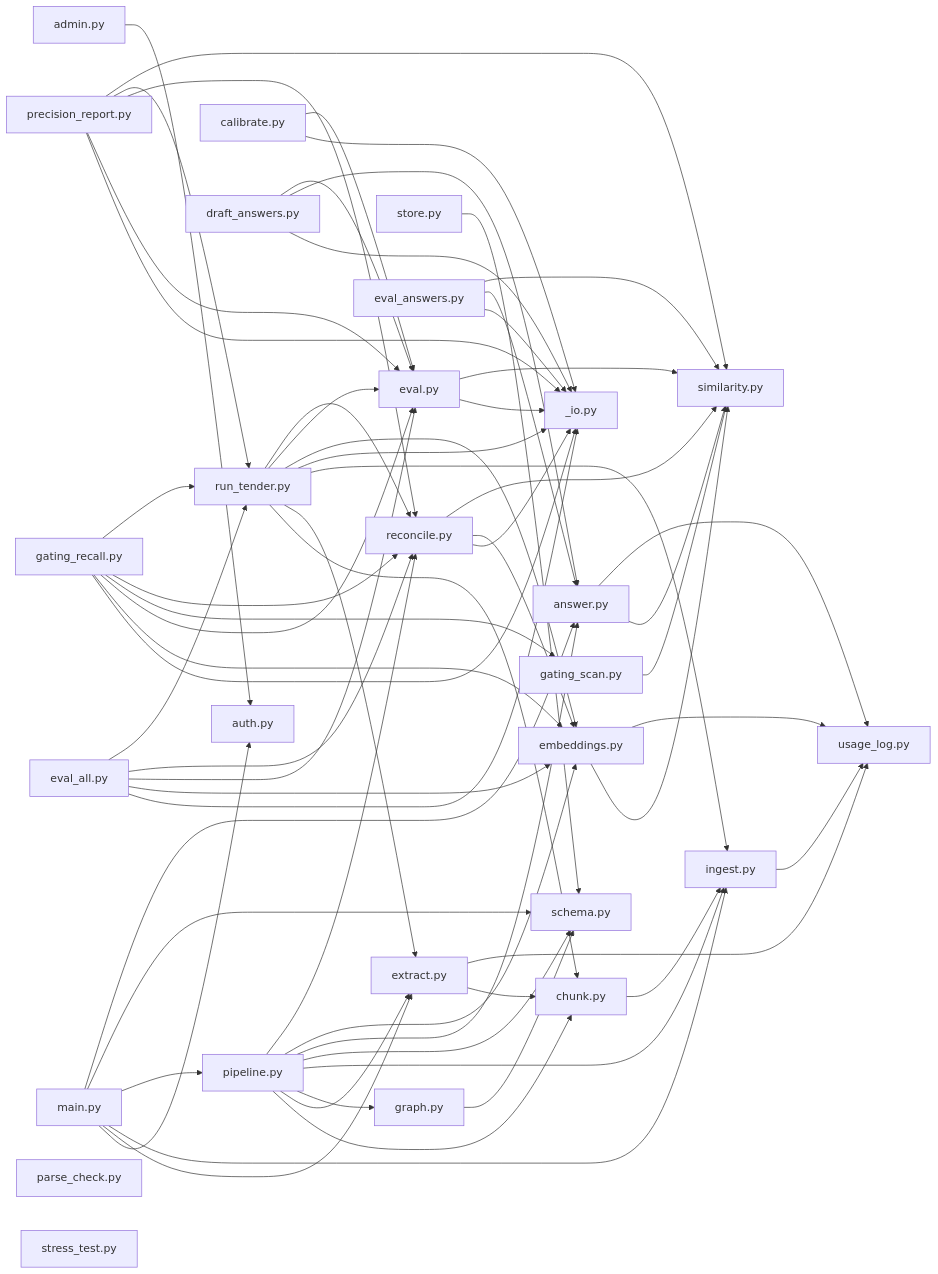
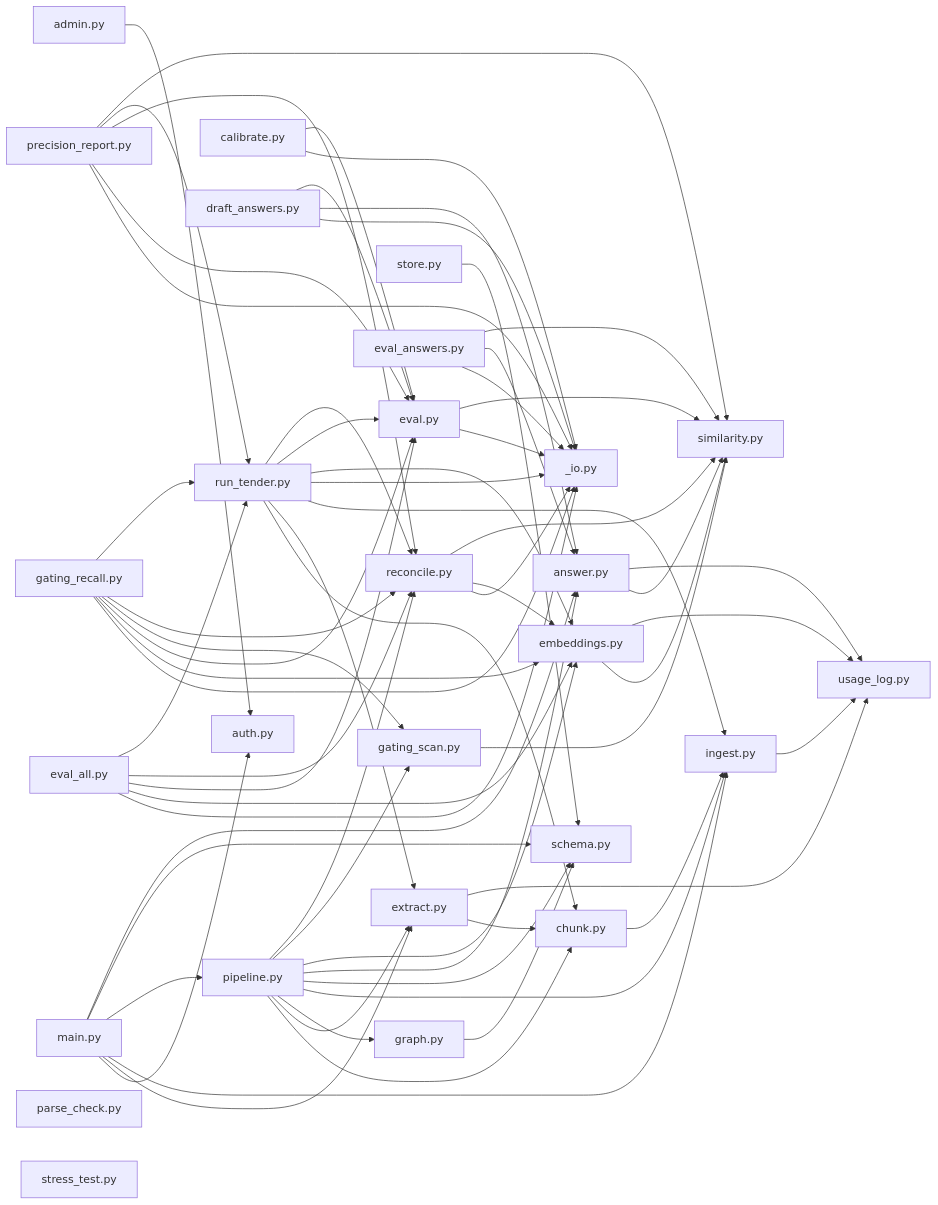
One commit to Welddevelopment/Bidframe changed the third of 3 diagrams in CODEMAP.md. Above: the diagram before and after it, drawn with Mermaid. The commit also changed other lines of this file and 1 other file, not shown here.

Commit message:
chore(codemap): refresh map [skip ci]

````diff
--- a/CODEMAP.md
+++ b/CODEMAP.md
@@ -282,67 +282,68 @@
 ```mermaid
 graph LR
   n0[admin.py] --> n1[auth.py]
   n2[chunk.py] --> n3[ingest.py]
   n4[extract.py] --> n2[chunk.py]
   n4[extract.py] --> n5[usage_log.py]
   n6[graph.py] --> n7[schema.py]
   n3[ingest.py] --> n5[usage_log.py]
   n8[main.py] --> n1[auth.py]
   n8[main.py] --> n4[extract.py]
   n8[main.py] --> n3[ingest.py]
   n8[main.py] --> n9[pipeline.py]
   n8[main.py] --> n7[schema.py]
   n8[main.py] --> n10[answer.py]
   n9[pipeline.py] --> n2[chunk.py]
   n9[pipeline.py] --> n4[extract.py]
   n9[pipeline.py] --> n6[graph.py]
   n9[pipeline.py] --> n3[ingest.py]
   n9[pipeline.py] --> n7[schema.py]
   n9[pipeline.py] --> n10[answer.py]
   n9[pipeline.py] --> n11[embeddings.py]
-  n9[pipeline.py] --> n12[reconcile.py]
-  n13[store.py] --> n7[schema.py]
-  n10[answer.py] --> n14[similarity.py]
+  n9[pipeline.py] --> n12[gating_scan.py]
+  n9[pipeline.py] --> n13[reconcile.py]
+  n14[store.py] --> n7[schema.py]
+  n10[answer.py] --> n15[similarity.py]
   n10[answer.py] --> n5[usage_log.py]
-  n11[embeddings.py] --> n14[similarity.py]
+  n11[embeddings.py] --> n15[similarity.py]
   n11[embeddings.py] --> n5[usage_log.py]
-  n15[eval.py] --> n16[_io.py]
-  n15[eval.py] --> n14[similarity.py]
-  n17[eval_answers.py] --> n16[_io.py]
-  n17[eval_answers.py] --> n10[answer.py]
-  n17[eval_answers.py] --> n14[similarity.py]
-  n18[gating_scan.py] --> n14[similarity.py]
-  n12[reconcile.py] --> n16[_io.py]
-  n12[reconcile.py] --> n11[embeddings.py]
-  n12[reconcile.py] --> n14[similarity.py]
-  n19[calibrate.py] --> n16[_io.py]
-  n19[calibrate.py] --> n15[eval.py]
-  n20[draft_answers.py] --> n16[_io.py]
+  n16[eval.py] --> n17[_io.py]
+  n16[eval.py] --> n15[similarity.py]
+  n18[eval_answers.py] --> n17[_io.py]
+  n18[eval_answers.py] --> n10[answer.py]
+  n18[eval_answers.py] --> n15[similarity.py]
+  n12[gating_scan.py] --> n15[similarity.py]
+  n13[reconcile.py] --> n17[_io.py]
+  n13[reconcile.py] --> n11[embeddings.py]
+  n13[reconcile.py] --> n15[similarity.py]
+  n19[calibrate.py] --> n17[_io.py]
+  n19[calibrate.py] --> n16[eval.py]
+  n20[draft_answers.py] --> n17[_io.py]
   n20[draft_answers.py] --> n10[answer.py]
-  n20[draft_answers.py] --> n15[eval.py]
-  n21[eval_all.py] --> n16[_io.py]
+  n20[draft_answers.py] --> n16[eval.py]
+  n21[eval_all.py] --> n17[_io.py]
   n21[eval_all.py] --> n11[embeddings.py]
-  n21[eval_all.py] --> n15[eval.py]
-  n21[eval_all.py] --> n12[reconcile.py]
+  n21[eval_all.py] --> n16[eval.py]
+  n21[eval_all.py] --> n13[reconcile.py]
   n21[eval_all.py] --> n22[run_tender.py]
-  n23[gating_recall.py] --> n16[_io.py]
+  n23[gating_recall.py] --> n17[_io.py]
   n23[gating_recall.py] --> n11[embeddings.py]
-  n23[gating_recall.py] --> n15[eval.py]
-  n23[gating_recall.py] --> n18[gating_scan.py]
-  n23[gating_recall.py] --> n12[reconcile.py]
+  n23[gating_recall.py] --> n16[eval.py]
+  n23[gating_recall.py] --> n12[gating_scan.py]
+  n23[gating_recall.py] --> n13[reconcile.py]
   n23[gating_recall.py] --> n22[run_tender.py]
-  n24[precision_report.py] --> n16[_io.py]
-  n24[precision_report.py] --> n15[eval.py]
-  n24[precision_report.py] --> n12[reconcile.py]
+  n24[precision_report.py] --> n17[_io.py]
+  n24[precision_report.py] --> n16[eval.py]
+  n24[precision_report.py] --> n13[reconcile.py]
   n24[precision_report.py] --> n22[run_tender.py]
-  n24[precision_report.py] --> n14[similarity.py]
+  n24[precision_report.py] --> n15[similarity.py]
   n22[run_tender.py] --> n2[chunk.py]
   n22[run_tender.py] --> n4[extract.py]
   n22[run_tender.py] --> n3[ingest.py]
-  n22[run_tender.py] --> n16[_io.py]
+  n22[run_tender.py] --> n17[_io.py]
   n22[run_tender.py] --> n11[embeddings.py]
-  n22[run_tender.py] --> n15[eval.py]
-  n22[run_tender.py] --> n12[reconcile.py]
+  n22[run_tender.py] --> n16[eval.py]
+  n22[run_tender.py] --> n13[reconcile.py]
   n25[parse_check.py]
   n26[stress_test.py]
 ```
````
